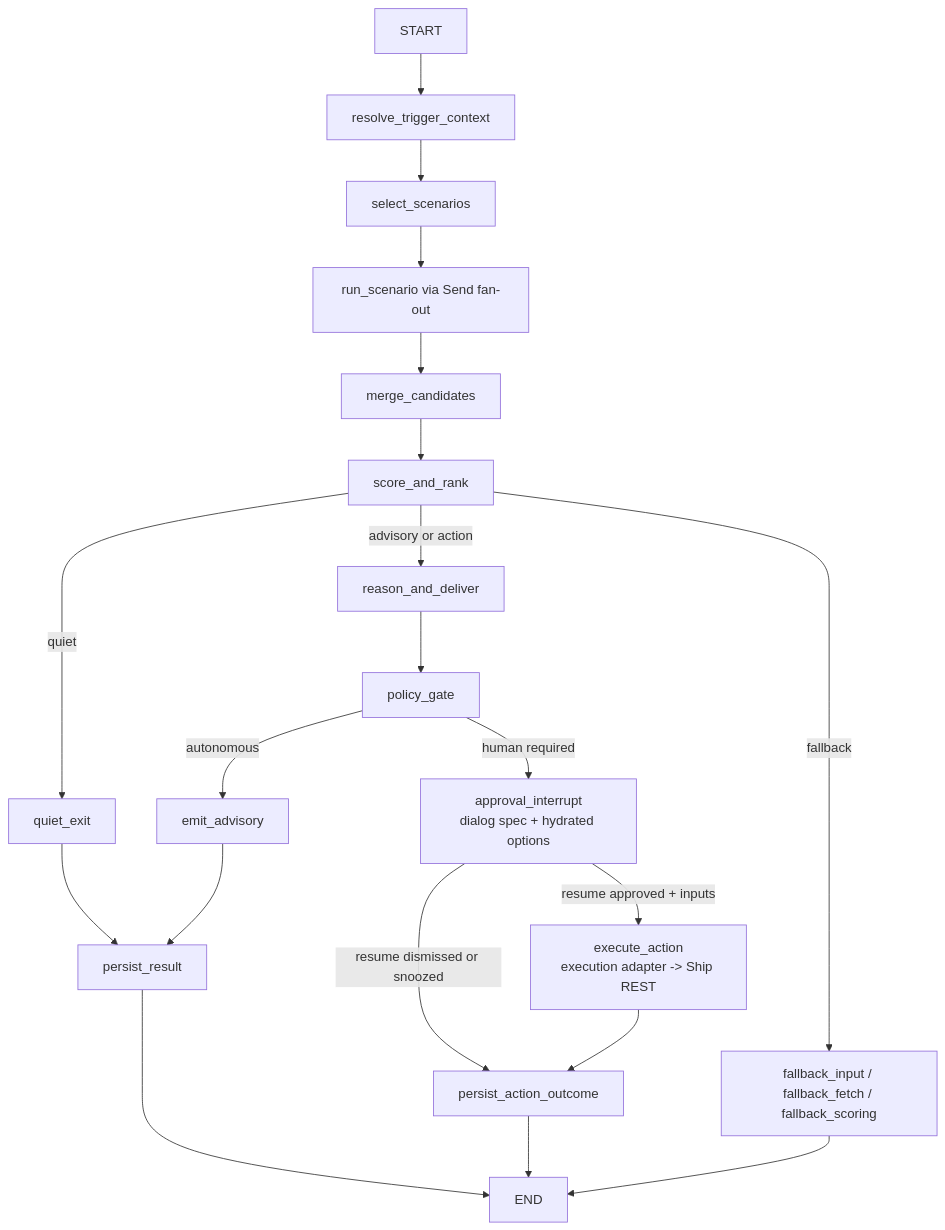
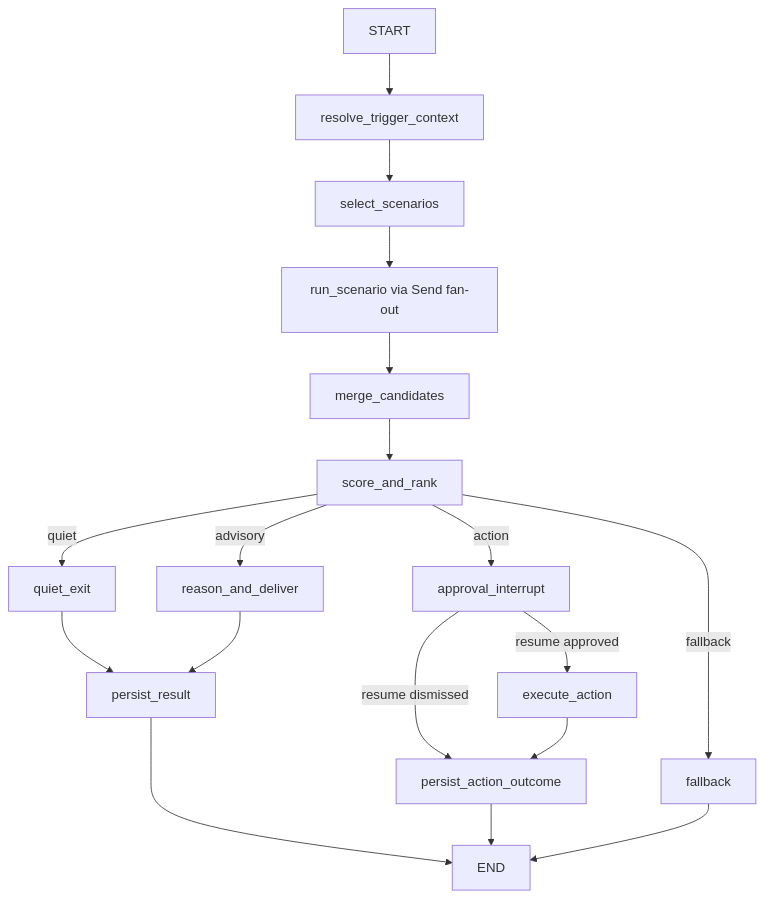
One commit to thisisyoussef/ship changed the diagram in docs/assignments/fleetgraph/FLEETGRAPH.md. Above: the diagram before and after it, drawn with Mermaid. The commit also changed other lines of this file and 198 other files, not shown here.

````diff
--- a/docs/assignments/fleetgraph/FLEETGRAPH.md
+++ b/docs/assignments/fleetgraph/FLEETGRAPH.md
@@ -73,22 +73,20 @@
 ```mermaid
 flowchart TD
   A["START"] --> B["resolve_trigger_context"]
   B --> C["select_scenarios"]
   C --> D["run_scenario via Send fan-out"]
   D --> E["merge_candidates"]
   E --> F["score_and_rank"]
   F -->|quiet| G["quiet_exit"]
-  F -->|advisory or action| H["reason_and_deliver"]
-  H --> I["policy_gate"]
-  I -->|autonomous| J["emit_advisory"]
-  I -->|human required| K["approval_interrupt<br/>dialog spec + hydrated options"]
-  F -->|fallback| L["fallback_input / fallback_fetch / fallback_scoring"]
-  G --> M["persist_result"]
-  J --> M
-  K -->|resume approved + inputs| N["execute_action<br/>execution adapter -> Ship REST"]
-  K -->|resume dismissed or snoozed| O["persist_action_outcome"]
-  N --> O
-  M --> P["END"]
-  O --> P
-  L --> P
+  F -->|advisory| H["reason_and_deliver"]
+  F -->|action| I["approval_interrupt"]
+  F -->|fallback| J["fallback"]
+  G --> K["persist_result"]
+  H --> K
+  I -->|resume approved| L["execute_action"]
+  I -->|resume dismissed| M["persist_action_outcome"]
+  L --> M
+  K --> N["END"]
+  M --> N
+  J --> N
 ```
````
